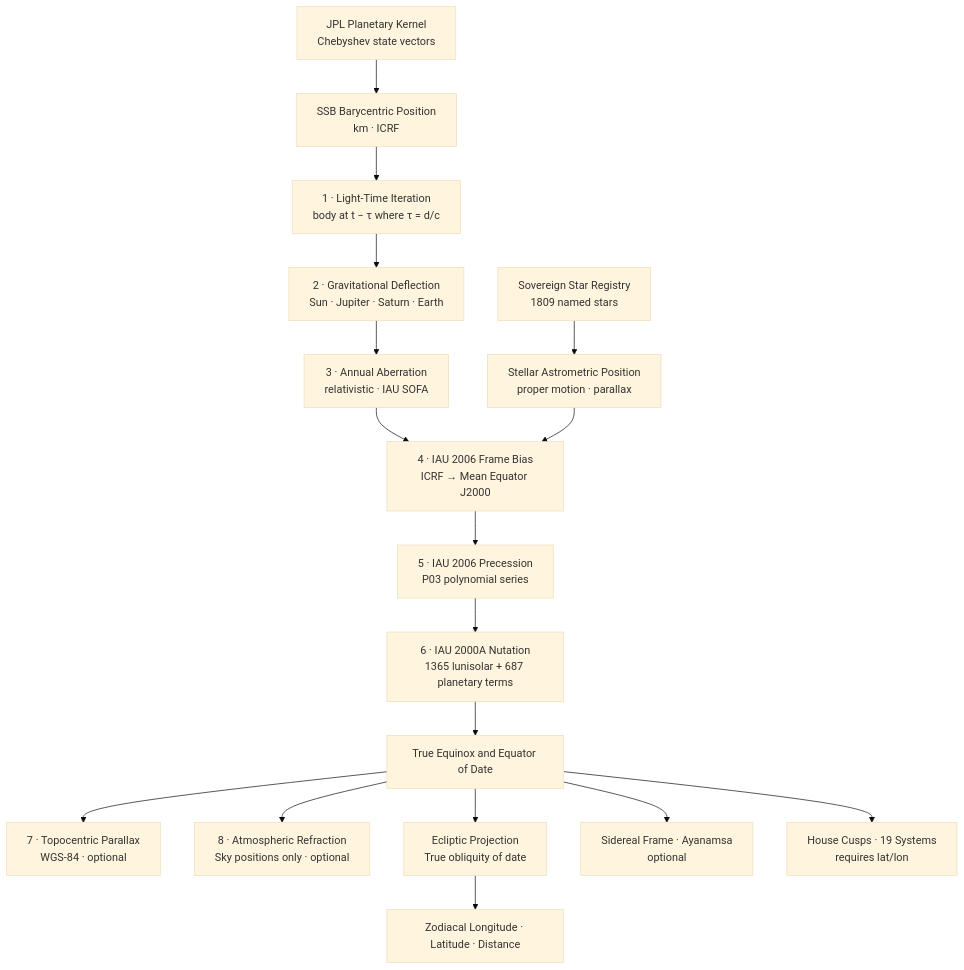
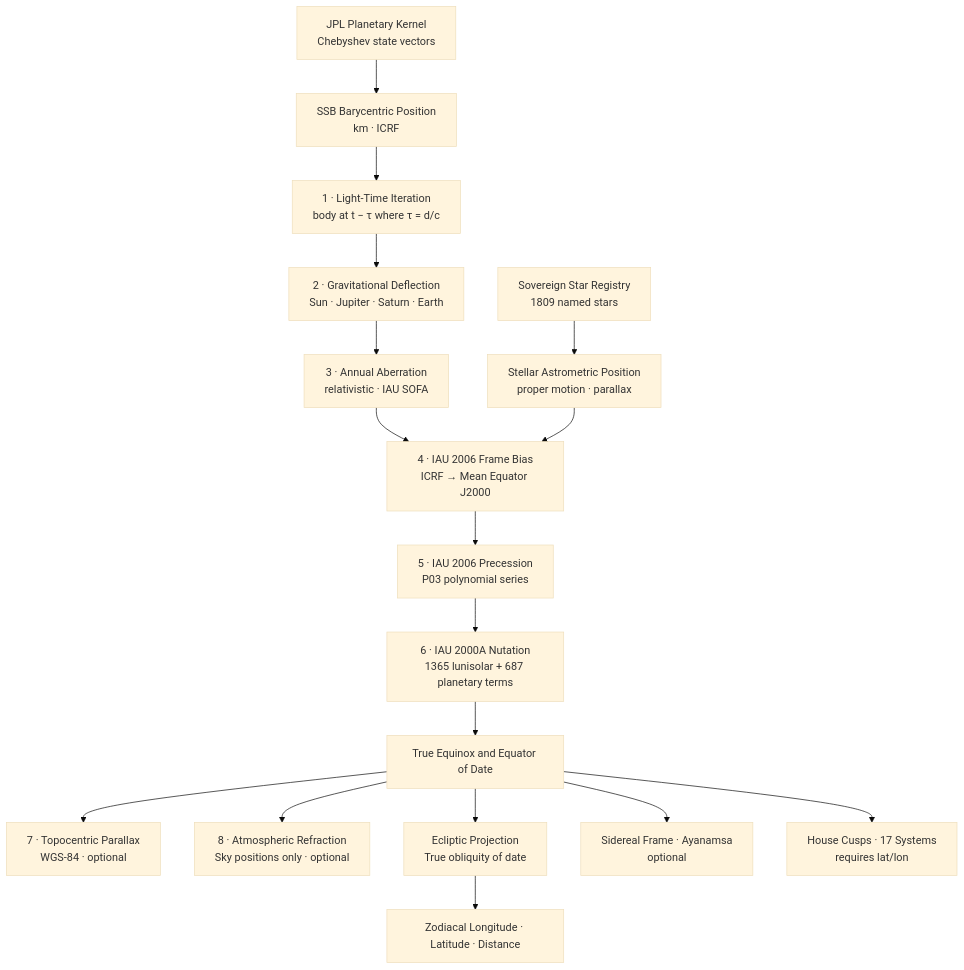
Before and after one commit to TheDaniel166/moira: the diagram in README.md, drawn with Mermaid (base theme). The commit also changed other lines of this file, not shown here.

Commit message:
Refine README for clarity and accuracy; update descriptions and correct house systems count

````diff
--- a/README.md
+++ b/README.md
@@ -258,19 +258,19 @@
 ```mermaid
 graph TD
     A[JPL Planetary Kernel\nChebyshev state vectors] --> B[SSB Barycentric Position\nkm · ICRF]
     C[Sovereign Star Registry\n1809 named stars] --> D[Stellar Astrometric Position\nproper motion · parallax]
     B --> E[1 · Light-Time Iteration\nbody at t − τ  where τ = d/c]
     E --> F[2 · Gravitational Deflection\nSun · Jupiter · Saturn · Earth]
     F --> G[3 · Annual Aberration\nrelativistic · IAU SOFA]
     G --> H[4 · IAU 2006 Frame Bias\nICRF → Mean Equator J2000]
     D --> H
     H --> I[5 · IAU 2006 Precession\nP03 polynomial series]
     I --> J[6 · IAU 2000A Nutation\n1365 lunisolar + 687 planetary terms]
     J --> K[True Equinox and Equator of Date]
     K --> L[7 · Topocentric Parallax\nWGS-84 · optional]
     K --> M[8 · Atmospheric Refraction\nSky positions only · optional]
     K --> N[Ecliptic Projection\nTrue obliquity of date]
     N --> O[Zodiacal Longitude · Latitude · Distance]
     K --> P[Sidereal Frame · Ayanamsa\noptional]
-    K --> Q[House Cusps · 19 Systems\nrequires lat/lon]
+    K --> Q[House Cusps · 17 Systems\nrequires lat/lon]
 ```
````
